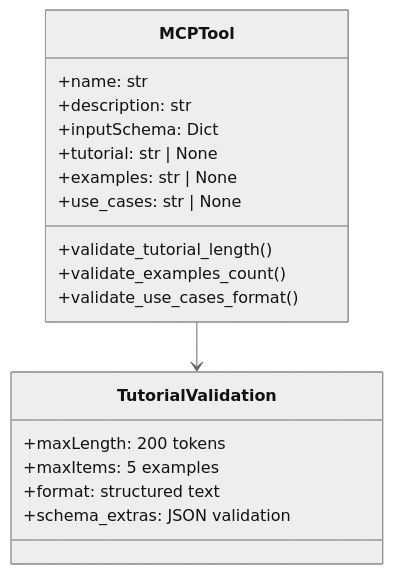
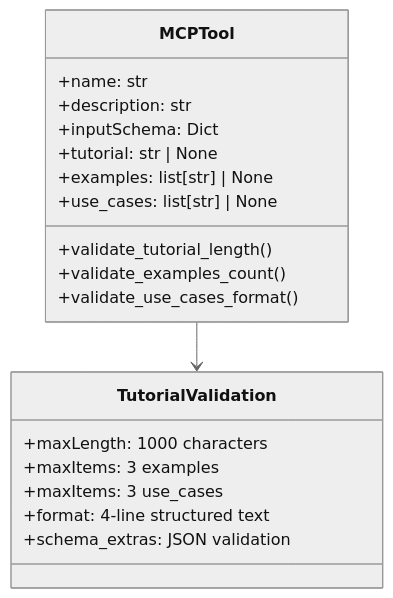
Before and after one commit to RimoVR/docsrs-mcp: diagram 47 of 53 in Architecture.md, drawn with Mermaid (neutral theme). The commit also changed other lines of this file and 8 other files, not shown here.

````diff
--- a/Architecture.md
+++ b/Architecture.md
@@ -4183,23 +4183,24 @@
 ```mermaid
 classDiagram
     class MCPTool {
         +name: str
         +description: str
         +inputSchema: Dict
         +tutorial: str | None
-        +examples: str | None
-        +use_cases: str | None
+        +examples: list[str] | None
+        +use_cases: list[str] | None
         +validate_tutorial_length()
         +validate_examples_count()
         +validate_use_cases_format()
     }
     
     class TutorialValidation {
-        +maxLength: 200 tokens
-        +maxItems: 5 examples
-        +format: structured text
+        +maxLength: 1000 characters
+        +maxItems: 3 examples
+        +maxItems: 3 use_cases
+        +format: 4-line structured text
         +schema_extras: JSON validation
     }
     
     MCPTool --> TutorialValidation
 ```
````
